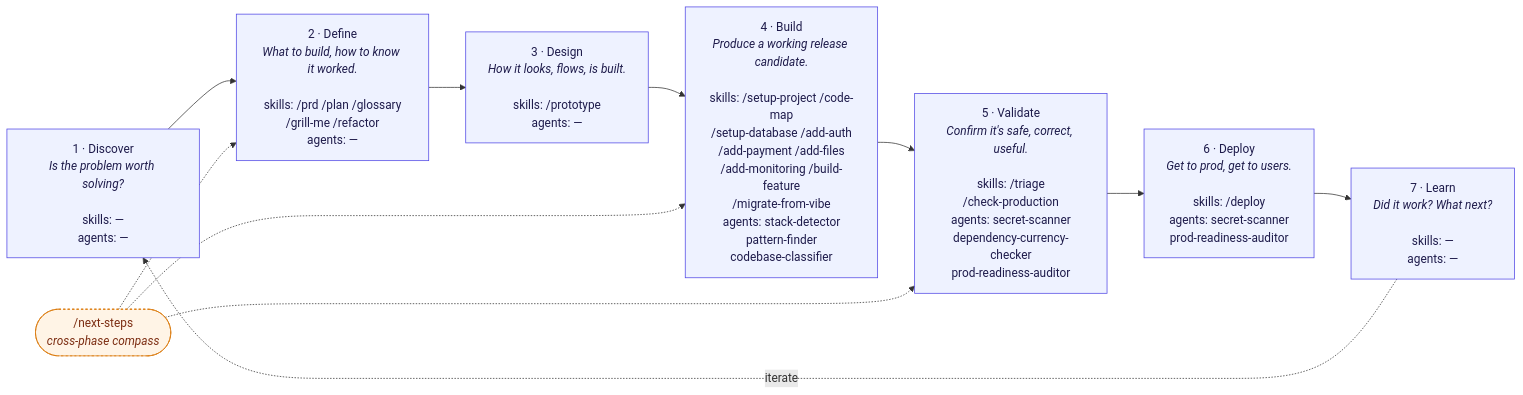
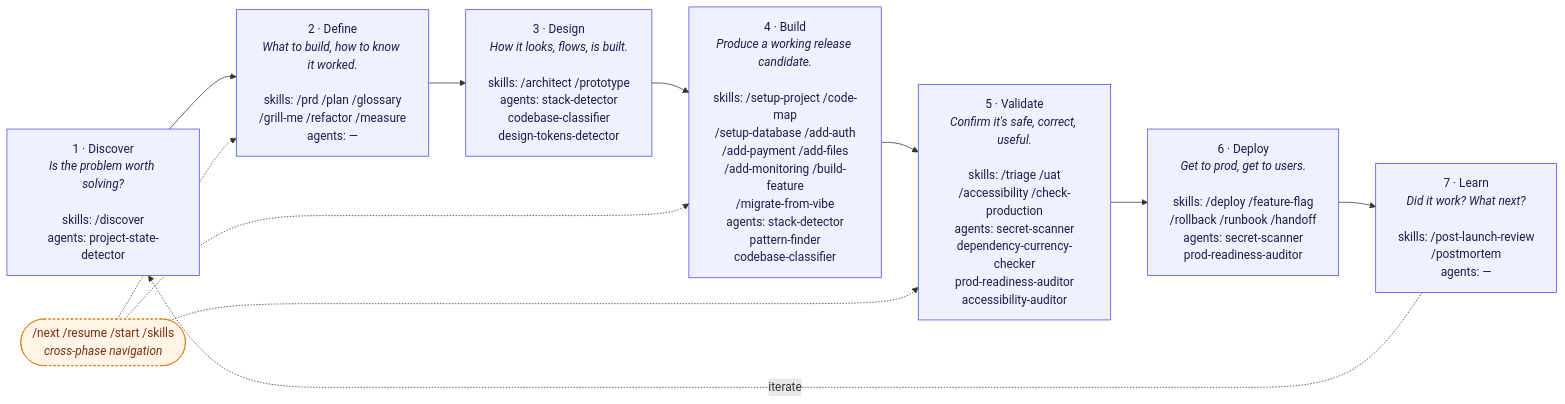
One commit to jnlanahan/Product-Agents-and-Skills changed the first of 2 diagrams in MAP.md. Above: the diagram before and after it, drawn with Mermaid. The commit also changed other lines of this file and 55 other files, not shown here.

````diff
--- a/MAP.md
+++ b/MAP.md
@@ -35,20 +35,20 @@
 ```mermaid
 flowchart LR
-    P1["1 · Discover<br/><i>Is the problem worth solving?</i><br/><br/>skills: —<br/>agents: —"]
-    P2["2 · Define<br/><i>What to build, how to know it worked.</i><br/><br/>skills: /prd /plan /glossary<br/>/grill-me /refactor<br/>agents: —"]
-    P3["3 · Design<br/><i>How it looks, flows, is built.</i><br/><br/>skills: /prototype<br/>agents: —"]
+    P1["1 · Discover<br/><i>Is the problem worth solving?</i><br/><br/>skills: /discover<br/>agents: project-state-detector"]
+    P2["2 · Define<br/><i>What to build, how to know it worked.</i><br/><br/>skills: /prd /plan /glossary<br/>/grill-me /refactor /measure<br/>agents: —"]
+    P3["3 · Design<br/><i>How it looks, flows, is built.</i><br/><br/>skills: /architect /prototype<br/>agents: stack-detector<br/>codebase-classifier<br/>design-tokens-detector"]
     P4["4 · Build<br/><i>Produce a working release candidate.</i><br/><br/>skills: /setup-project /code-map<br/>/setup-database /add-auth<br/>/add-payment /add-files<br/>/add-monitoring /build-feature<br/>/migrate-from-vibe<br/>agents: stack-detector<br/>pattern-finder<br/>codebase-classifier"]
-    P5["5 · Validate<br/><i>Confirm it's safe, correct, useful.</i><br/><br/>skills: /triage<br/>/check-production<br/>agents: secret-scanner<br/>dependency-currency-checker<br/>prod-readiness-auditor"]
-    P6["6 · Deploy<br/><i>Get to prod, get to users.</i><br/><br/>skills: /deploy<br/>agents: secret-scanner<br/>prod-readiness-auditor"]
-    P7["7 · Learn<br/><i>Did it work? What next?</i><br/><br/>skills: —<br/>agents: —"]
+    P5["5 · Validate<br/><i>Confirm it's safe, correct, useful.</i><br/><br/>skills: /triage /uat<br/>/accessibility /check-production<br/>agents: secret-scanner<br/>dependency-currency-checker<br/>prod-readiness-auditor<br/>accessibility-auditor"]
+    P6["6 · Deploy<br/><i>Get to prod, get to users.</i><br/><br/>skills: /deploy /feature-flag<br/>/rollback /runbook /handoff<br/>agents: secret-scanner<br/>prod-readiness-auditor"]
+    P7["7 · Learn<br/><i>Did it work? What next?</i><br/><br/>skills: /post-launch-review<br/>/postmortem<br/>agents: —"]
 
     P1 --> P2 --> P3 --> P4 --> P5 --> P6 --> P7
     P7 -. iterate .-> P1
 
-    NS(["/next-steps<br/><i>cross-phase compass</i>"]):::cross
+    NS(["/next /resume /start /skills<br/><i>cross-phase navigation</i>"]):::cross
     NS -.-> P2 & P4 & P5
 
     classDef phase fill:#eef2ff,stroke:#4f46e5,color:#1e1b4b;
     classDef cross fill:#fff4e6,stroke:#d97706,color:#7c2d12,stroke-dasharray: 3 3;
     class P1,P2,P3,P4,P5,P6,P7 phase;
 ```
````
